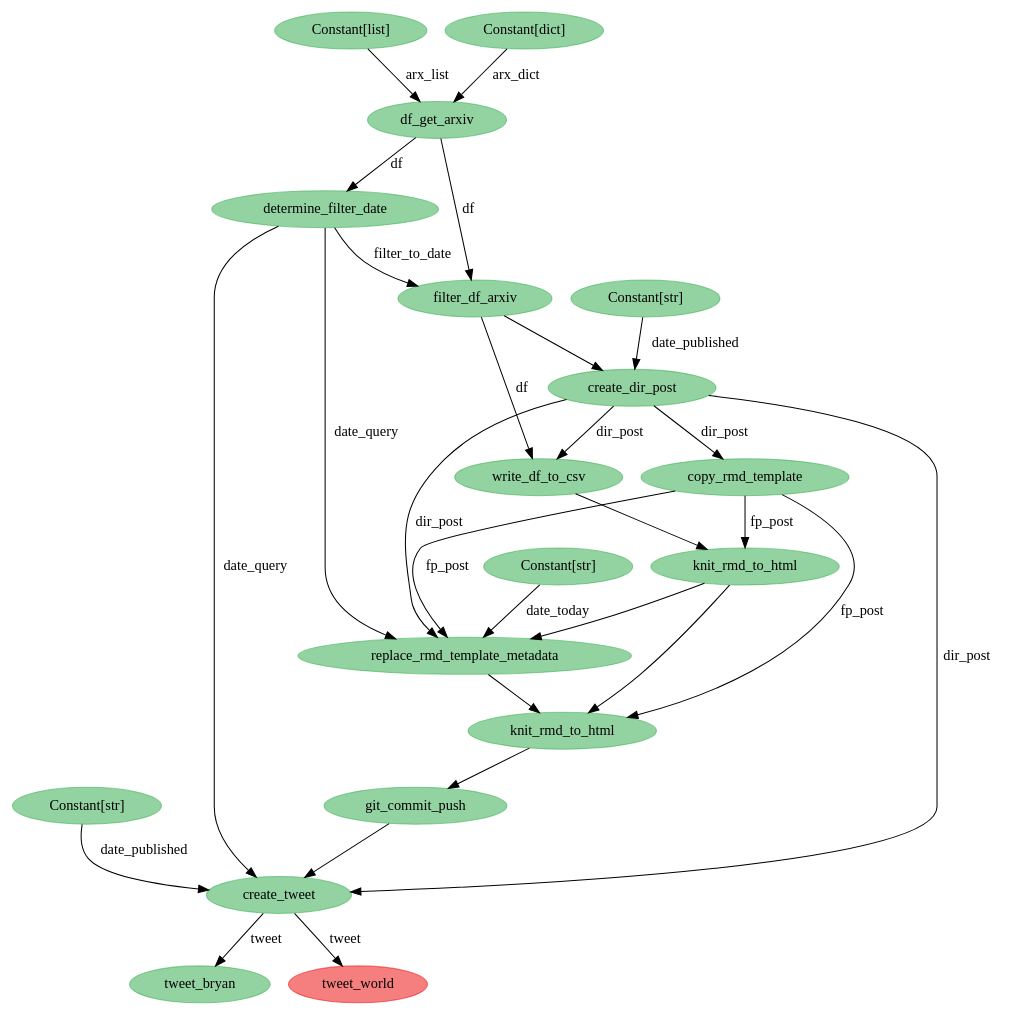
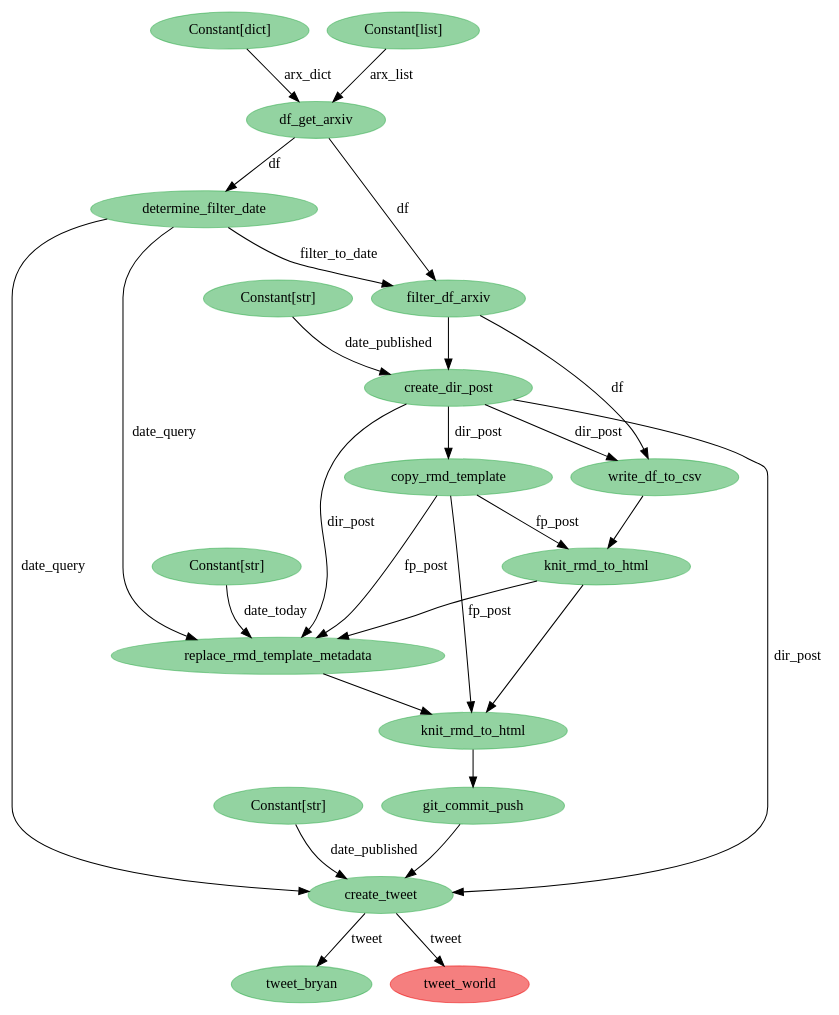
One commit to bryanwhiting/ds-arxiv changed the diagram in python/state-viz.dot. Above: the diagram before and after it, drawn with Graphviz. The commit also changed 4 other files, not shown here.

```diff
--- a/python/state-viz.dot
+++ b/python/state-viz.dot
@@ -1,47 +1,47 @@
 digraph {
-	4619692368 [label="Constant[str]" color="#28a74580" colorscheme=svg shape=ellipse style=filled]
-	4619692048 [label=git_commit_push color="#28a74580" colorscheme=svg shape=ellipse style=filled]
-	4619691728 [label=knit_rmd_to_html color="#28a74580" colorscheme=svg shape=ellipse style=filled]
-	4619692752 [label=tweet_bryan color="#28a74580" colorscheme=svg shape=ellipse style=filled]
-	4619692944 [label=tweet_world color="#eb000080" colorscheme=svg shape=ellipse style=filled]
-	4619692304 [label=create_tweet color="#28a74580" colorscheme=svg shape=ellipse style=filled]
-	4619652112 [label=df_get_arxiv color="#28a74580" colorscheme=svg shape=ellipse style=filled]
-	4619652880 [label=filter_df_arxiv color="#28a74580" colorscheme=svg shape=ellipse style=filled]
-	4605554512 [label="Constant[list]" color="#28a74580" colorscheme=svg shape=ellipse style=filled]
-	4619652688 [label=determine_filter_date color="#28a74580" colorscheme=svg shape=ellipse style=filled]
-	4619651792 [label="Constant[dict]" color="#28a74580" colorscheme=svg shape=ellipse style=filled]
-	4619653008 [label=create_dir_post color="#28a74580" colorscheme=svg shape=ellipse style=filled]
-	4619690512 [label="Constant[str]" color="#28a74580" colorscheme=svg shape=ellipse style=filled]
-	4619690064 [label=write_df_to_csv color="#28a74580" colorscheme=svg shape=ellipse style=filled]
-	4619690640 [label=copy_rmd_template color="#28a74580" colorscheme=svg shape=ellipse style=filled]
-	4619690832 [label=knit_rmd_to_html color="#28a74580" colorscheme=svg shape=ellipse style=filled]
-	4619691088 [label=replace_rmd_template_metadata color="#28a74580" colorscheme=svg shape=ellipse style=filled]
-	4619691152 [label="Constant[str]" color="#28a74580" colorscheme=svg shape=ellipse style=filled]
-	4619692304 -> 4619692944 [label=tweet]
-	4619692368 -> 4619692304 [label=date_published]
-	4619690640 -> 4619690832 [label=fp_post]
-	4619690640 -> 4619691088 [label=fp_post]
-	4619690640 -> 4619691728 [label=fp_post]
-	4619652112 -> 4619652688 [label=df]
-	4619652880 -> 4619690064 [label=df]
-	4619653008 -> 4619690064 [label=dir_post]
-	4619691728 -> 4619692048
-	4619652688 -> 4619692304 [label=date_query]
-	4619651792 -> 4619652112 [label=arx_dict]
-	4619653008 -> 4619690640 [label=dir_post]
-	4619653008 -> 4619692304 [label=dir_post]
-	4619652688 -> 4619652880 [label=filter_to_date]
-	4619692304 -> 4619692752 [label=tweet]
-	4619690512 -> 4619653008 [label=date_published]
-	4605554512 -> 4619652112 [label=arx_list]
-	4619652112 -> 4619652880 [label=df]
-	4619652688 -> 4619691088 [label=date_query]
-	4619652880 -> 4619653008
-	4619690064 -> 4619690832
-	4619690832 -> 4619691088
-	4619690832 -> 4619691728
-	4619691088 -> 4619691728
-	4619692048 -> 4619692304
-	4619691152 -> 4619691088 [label=date_today]
-	4619653008 -> 4619691088 [label=dir_post]
+	4725275152 [label=git_commit_push color="#28a74580" colorscheme=svg shape=ellipse style=filled]
+	4725274192 [label=replace_rmd_template_metadata color="#28a74580" colorscheme=svg shape=ellipse style=filled]
+	4725274256 [label="Constant[str]" color="#28a74580" colorscheme=svg shape=ellipse style=filled]
+	4725275408 [label=create_tweet color="#28a74580" colorscheme=svg shape=ellipse style=filled]
+	4725275472 [label="Constant[str]" color="#28a74580" colorscheme=svg shape=ellipse style=filled]
+	4725239312 [label=df_get_arxiv color="#28a74580" colorscheme=svg shape=ellipse style=filled]
+	4725272912 [label=filter_df_arxiv color="#28a74580" colorscheme=svg shape=ellipse style=filled]
+	4725239120 [label="Constant[dict]" color="#28a74580" colorscheme=svg shape=ellipse style=filled]
+	4725272656 [label=determine_filter_date color="#28a74580" colorscheme=svg shape=ellipse style=filled]
+	4725238992 [label="Constant[list]" color="#28a74580" colorscheme=svg shape=ellipse style=filled]
+	4725273040 [label=create_dir_post color="#28a74580" colorscheme=svg shape=ellipse style=filled]
+	4725273616 [label="Constant[str]" color="#28a74580" colorscheme=svg shape=ellipse style=filled]
+	4725273168 [label=write_df_to_csv color="#28a74580" colorscheme=svg shape=ellipse style=filled]
+	4725273744 [label=copy_rmd_template color="#28a74580" colorscheme=svg shape=ellipse style=filled]
+	4725273936 [label=knit_rmd_to_html color="#28a74580" colorscheme=svg shape=ellipse style=filled]
+	4725274832 [label=knit_rmd_to_html color="#28a74580" colorscheme=svg shape=ellipse style=filled]
+	4725275856 [label=tweet_bryan color="#28a74580" colorscheme=svg shape=ellipse style=filled]
+	4725276048 [label=tweet_world color="#eb000080" colorscheme=svg shape=ellipse style=filled]
+	4725273744 -> 4725273936 [label=fp_post]
+	4725273744 -> 4725274192 [label=fp_post]
+	4725273744 -> 4725274832 [label=fp_post]
+	4725238992 -> 4725239312 [label=arx_list]
+	4725274256 -> 4725274192 [label=date_today]
+	4725275408 -> 4725276048 [label=tweet]
+	4725239312 -> 4725272912 [label=df]
+	4725239312 -> 4725272656 [label=df]
+	4725272656 -> 4725275408 [label=date_query]
+	4725273040 -> 4725273168 [label=dir_post]
+	4725273616 -> 4725273040 [label=date_published]
+	4725273040 -> 4725274192 [label=dir_post]
+	4725275472 -> 4725275408 [label=date_published]
+	4725274832 -> 4725275152
+	4725275408 -> 4725275856 [label=tweet]
+	4725272912 -> 4725273168 [label=df]
+	4725272656 -> 4725274192 [label=date_query]
+	4725273040 -> 4725273744 [label=dir_post]
+	4725273040 -> 4725275408 [label=dir_post]
+	4725272912 -> 4725273040
+	4725273168 -> 4725273936
+	4725273936 -> 4725274192
+	4725239120 -> 4725239312 [label=arx_dict]
+	4725272656 -> 4725272912 [label=filter_to_date]
+	4725273936 -> 4725274832
+	4725274192 -> 4725274832
+	4725275152 -> 4725275408
 }
```
